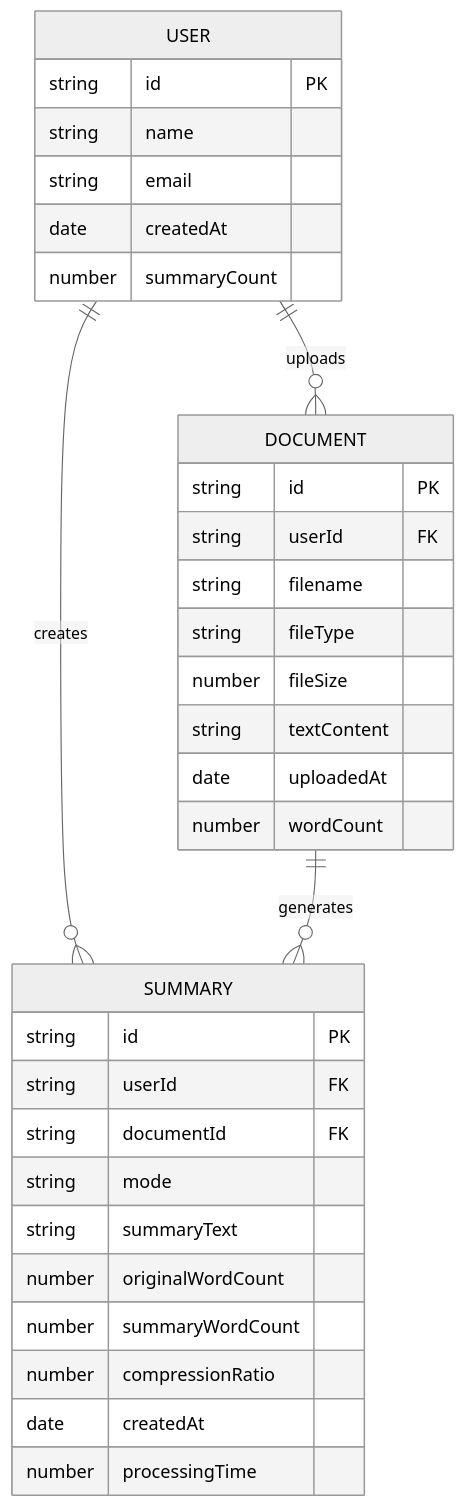
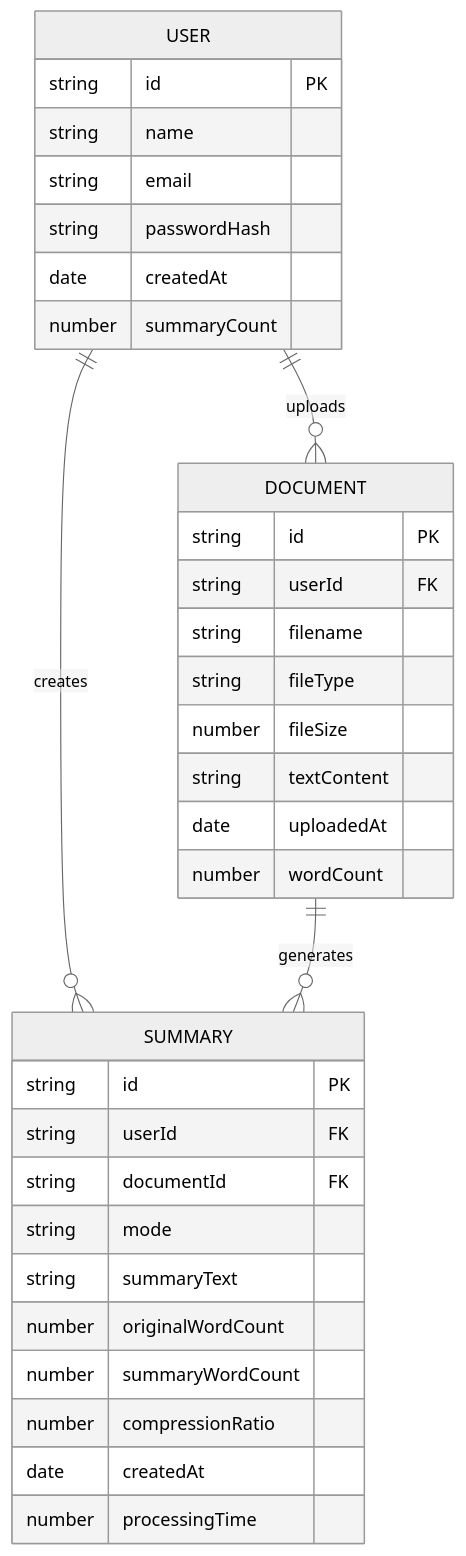
The fourth of 5 diagrams in ARCHITECTURE.md (fernmoraes/DesafioTecnico_IBM), drawn with Mermaid (neutral theme) before and after one commit. The commit also changed other lines of this file and 3 other files, not shown here.

````diff
--- a/ARCHITECTURE.md
+++ b/ARCHITECTURE.md
@@ -151,38 +136,39 @@
 ```mermaid
 erDiagram
     USER ||--o{ DOCUMENT : uploads
     USER ||--o{ SUMMARY : creates
     DOCUMENT ||--o{ SUMMARY : generates
-    
+
     USER {
         string id PK
         string name
         string email
+        string passwordHash
         date createdAt
         number summaryCount
     }
-    
+
     DOCUMENT {
         string id PK
         string userId FK
         string filename
         string fileType
         number fileSize
         string textContent
         date uploadedAt
         number wordCount
     }
-    
+
     SUMMARY {
         string id PK
         string userId FK
         string documentId FK
         string mode
         string summaryText
         number originalWordCount
         number summaryWordCount
         number compressionRatio
         date createdAt
         number processingTime
     }
 ```
````
